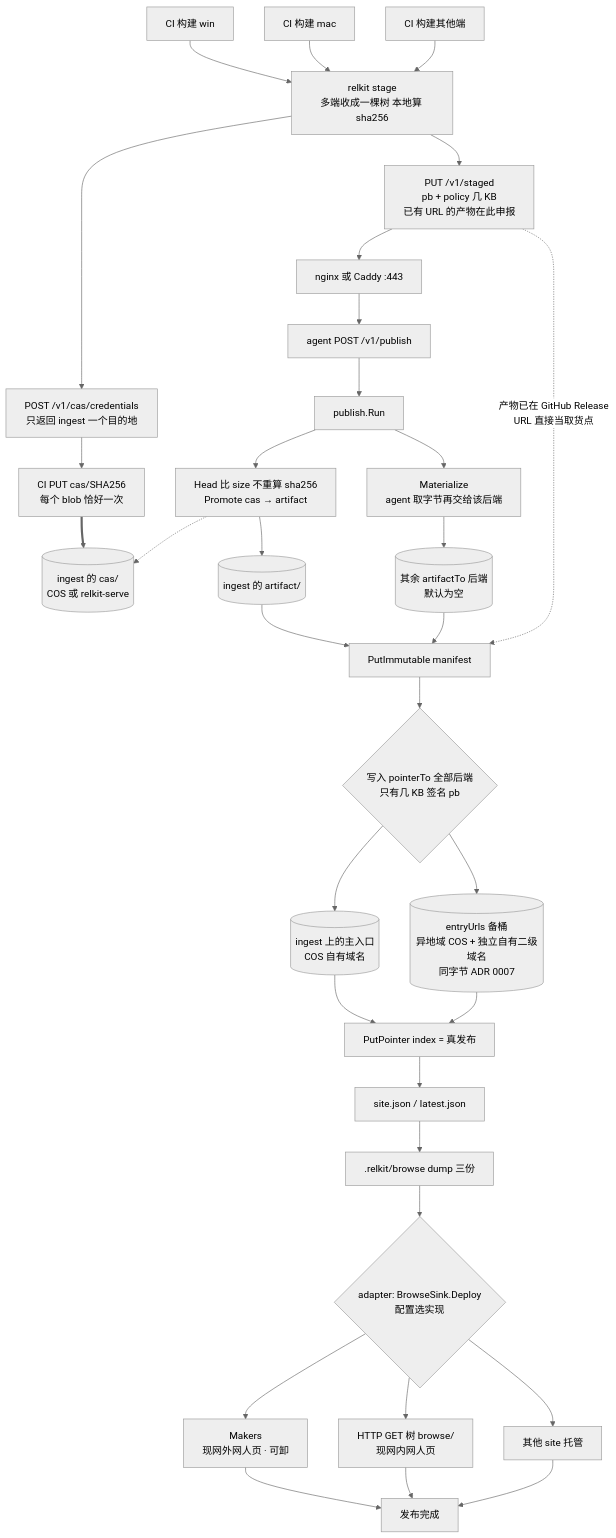
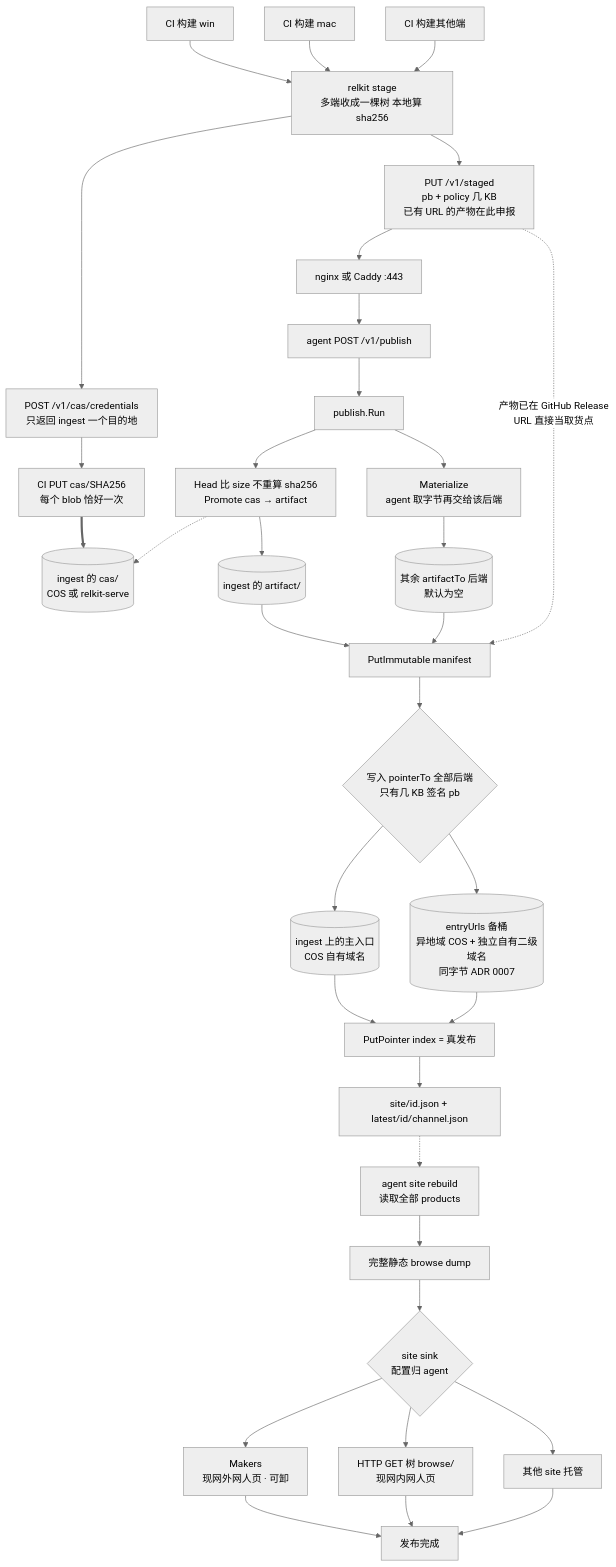
The first of 2 diagrams in docs/design/publish-topology.md (shichao402/relkit), drawn with Mermaid (neutral theme) before and after one commit. The commit also changed other lines of this file and 39 other files, not shown here.

Commit message:
refactor(site): rebuild catalog from data plane

````diff
--- a/docs/design/publish-topology.md
+++ b/docs/design/publish-topology.md
@@ -41,45 +41,46 @@
 ```mermaid
 flowchart TB
   win["CI 构建 win"] --> stage
   mac["CI 构建 mac"] --> stage
   apk["CI 构建其他端"] --> stage
   stage["relkit stage<br/>多端收成一棵树 本地算 sha256"]
 
   stage --> tok["POST /v1/cas/credentials<br/>只返回 ingest 一个目的地"]
   tok --> casPut["CI PUT cas/SHA256<br/>每个 blob 恰好一次"]
   stage --> stagedMeta["PUT /v1/staged<br/>pb + policy 几 KB<br/>已有 URL 的产物在此申报"]
 
   casPut ==> ingestCas[("ingest 的 cas/<br/>COS 或 relkit-serve")]
   stagedMeta --> ngx["nginx 或 Caddy :443"]
   ngx --> postPub["agent POST /v1/publish"]
   postPub --> run["publish.Run"]
 
   run --> promote["Head 比 size 不重算 sha256<br/>Promote cas → artifact"]
   promote -.-> ingestCas
   promote --> artIngest[("ingest 的 artifact/")]
   run --> mat["Materialize<br/>agent 取字节再交给该后端"]
   mat --> artOther[("其余 artifactTo 后端<br/>默认为空")]
 
   artIngest --> man["PutImmutable manifest"]
   artOther --> man
   stagedMeta -.->|"产物已在 GitHub Release<br/>URL 直接当取货点"| man
 
   man --> ptrFan{"写入 pointerTo 全部后端<br/>只有几 KB 签名 pb"}
   ptrFan --> pIngest[("ingest 上的主入口<br/>COS 自有域名")]
   ptrFan --> pMirror[("entryUrls 备桶<br/>异地域 COS + 独立自有二级域名<br/>同字节 ADR 0007")]
 
   pIngest --> idx["PutPointer index = 真发布"]
   pMirror --> idx
-  idx --> meta["site.json / latest.json"]
-  meta --> dump[".relkit/browse dump 三份"]
+  idx --> meta["site/id.json + latest/id/channel.json"]
+  meta -.-> rebuild["agent site rebuild<br/>读取全部 products"]
+  rebuild --> dump["完整静态 browse dump"]
 
-  dump --> sink{"adapter: BrowseSink.Deploy<br/>配置选实现"}
+  dump --> sink{"site sink<br/>配置归 agent"}
 
   sink --> makers["Makers<br/>现网外网人页 · 可卸"]
   sink --> tree["HTTP GET 树 browse/<br/>现网内网人页"]
   sink --> other["其他 site 托管"]
 
   makers --> done["发布完成"]
   tree --> done
   other --> done
 ```
````
